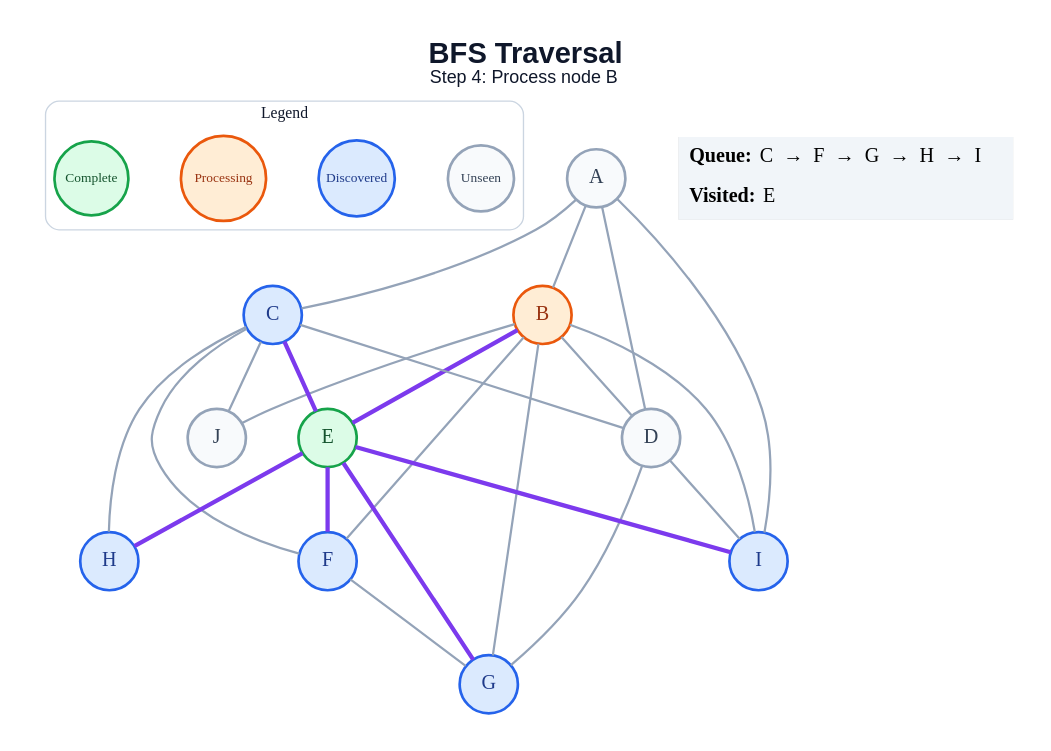
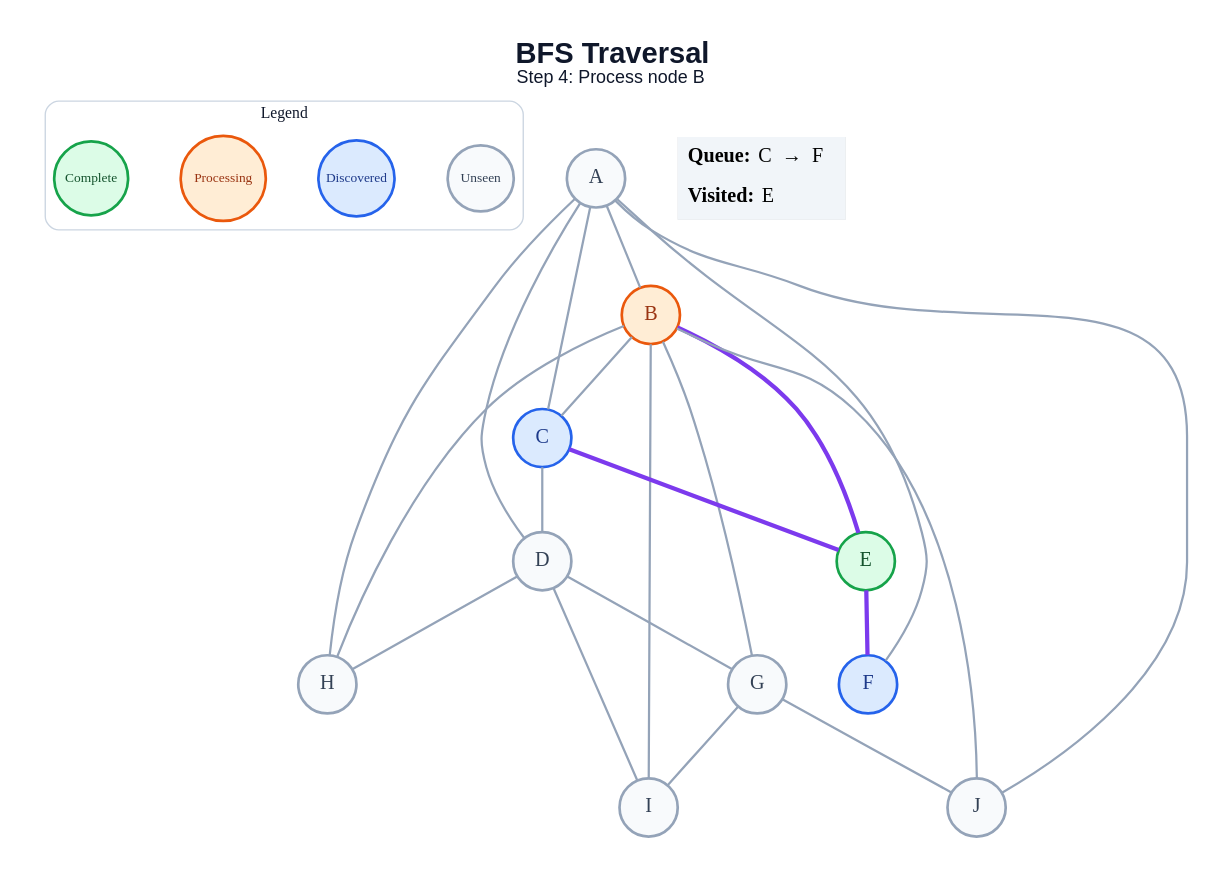
One commit to amanghodawala9/ai-slop changed the diagram in generated/specific-node/bfs/step_04.dot. Above: the diagram before and after it, drawn with Graphviz. The commit also changed 178 other files, not shown here.

```diff
--- a/generated/specific-node/bfs/step_04.dot
+++ b/generated/specific-node/bfs/step_04.dot
@@ -1,51 +1,49 @@
 graph traversal {
   graph [layout=dot, rankdir=TB, bgcolor="#FFFFFF", pad="0.35", nodesep="0.65", ranksep="0.8", fontname="Arial"];
   node [shape=circle, style="filled", fontname="Arial Bold", fontsize=18, width=0.72, fixedsize=true, penwidth=2.4];
   edge [color="#94A3B8", penwidth=2.0];
   label=<<B>BFS Traversal</B><BR/><FONT POINT-SIZE="16">Step 4: Process node B</FONT>>; labelloc="t"; fontsize=26; fontname="Arial"; fontcolor="#0F172A";
   subgraph cluster_legend { label="Legend"; color="#CBD5E1"; penwidth=1.2; style="rounded"; fontsize=14; fontname="Arial Bold";
     key_unseen [label="Unseen", fillcolor="#F8FAFC", color="#94A3B8", fontcolor="#334155", fontsize=12, width=0.82];
     key_frontier [label="Discovered", fillcolor="#DBEAFE", color="#2563EB", fontcolor="#1E3A8A", fontsize=12, width=0.95];
     key_current [label="Processing", fillcolor="#FFEDD5", color="#EA580C", fontcolor="#9A3412", fontsize=12, width=1.05];
     key_done [label="Complete", fillcolor="#DCFCE7", color="#16A34A", fontcolor="#14532D", fontsize=12, width=0.92];
     { rank=same; key_unseen; key_frontier; key_current; key_done; }
   }
   A [fillcolor="#F8FAFC", color="#94A3B8", fontcolor="#334155"];
   B [fillcolor="#FFEDD5", color="#EA580C", fontcolor="#9A3412"];
   C [fillcolor="#DBEAFE", color="#2563EB", fontcolor="#1E3A8A"];
   D [fillcolor="#F8FAFC", color="#94A3B8", fontcolor="#334155"];
   E [fillcolor="#DCFCE7", color="#16A34A", fontcolor="#14532D"];
   F [fillcolor="#DBEAFE", color="#2563EB", fontcolor="#1E3A8A"];
-  G [fillcolor="#DBEAFE", color="#2563EB", fontcolor="#1E3A8A"];
-  H [fillcolor="#DBEAFE", color="#2563EB", fontcolor="#1E3A8A"];
-  I [fillcolor="#DBEAFE", color="#2563EB", fontcolor="#1E3A8A"];
+  G [fillcolor="#F8FAFC", color="#94A3B8", fontcolor="#334155"];
+  H [fillcolor="#F8FAFC", color="#94A3B8", fontcolor="#334155"];
+  I [fillcolor="#F8FAFC", color="#94A3B8", fontcolor="#334155"];
   J [fillcolor="#F8FAFC", color="#94A3B8", fontcolor="#334155"];
   A -- B;
   A -- C;
   A -- D;
-  A -- I;
-  B -- D;
+  A -- F;
+  A -- H;
+  A -- J;
+  B -- C;
   B -- E [color="#7C3AED", penwidth=3.8];
-  B -- F;
   B -- G;
+  B -- H;
   B -- I;
   B -- J;
   C -- D;
   C -- E [color="#7C3AED", penwidth=3.8];
-  C -- F;
-  C -- H;
-  C -- J;
   D -- G;
+  D -- H;
   D -- I;
   E -- F [color="#7C3AED", penwidth=3.8];
-  E -- G [color="#7C3AED", penwidth=3.8];
-  E -- H [color="#7C3AED", penwidth=3.8];
-  E -- I [color="#7C3AED", penwidth=3.8];
-  F -- G;
+  G -- I;
+  G -- J;
   status [shape=plain, fixedsize=false, width=0, height=0, margin=0, label=<
     <TABLE BORDER="0" CELLBORDER="0" CELLPADDING="7" BGCOLOR="#F1F5F9">
-      <TR><TD ALIGN="LEFT"><B>Queue:</B> C  →  F  →  G  →  H  →  I</TD></TR>
+      <TR><TD ALIGN="LEFT"><B>Queue:</B> C  →  F</TD></TR>
       <TR><TD ALIGN="LEFT"><B>Visited:</B> E</TD></TR>
     </TABLE>
   >];
 }
```
